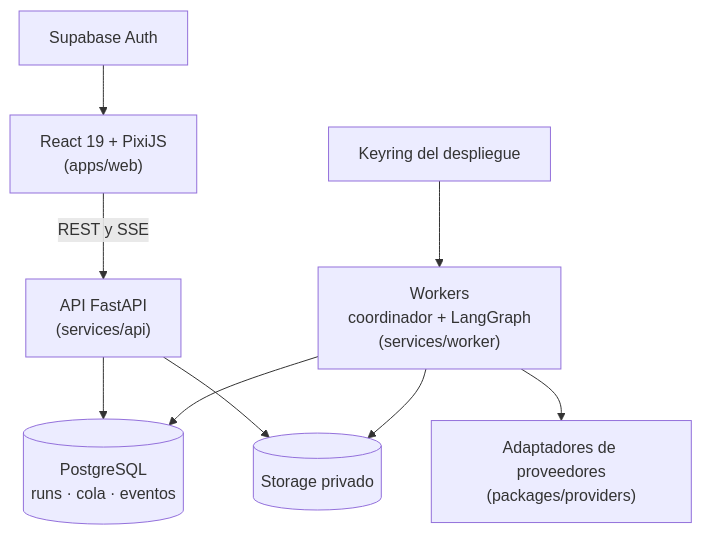
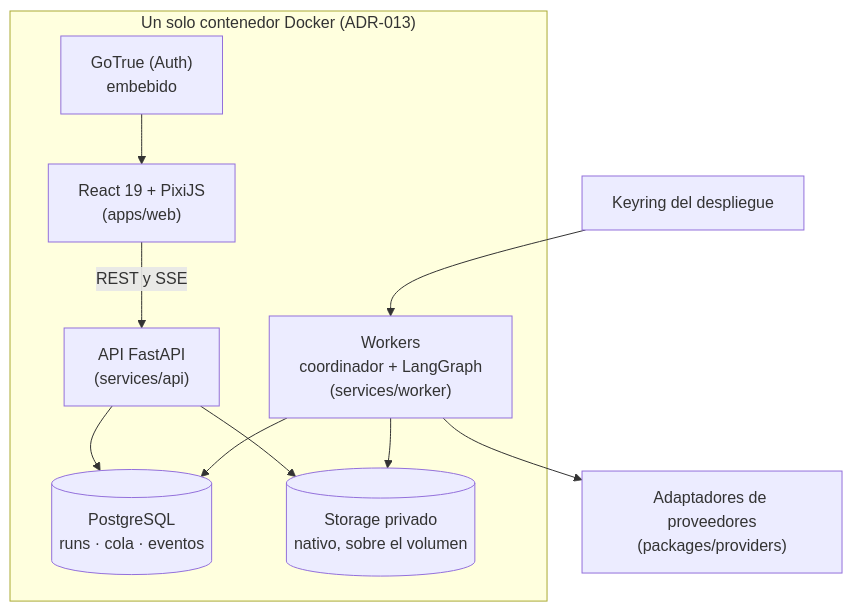
Before and after one commit to jmmana/Warlock-Oraculo: the first of 2 diagrams in README.md, drawn with Mermaid. The commit also changed other lines of this file and 7 other files, not shown here.

````diff
--- a/README.md
+++ b/README.md
@@ -209,11 +209,19 @@
 ```mermaid
 flowchart TD
   U["React 19 + PixiJS<br/>(apps/web)"] -->|"REST y SSE"| A["API FastAPI<br/>(services/api)"]
   A --> D[("PostgreSQL<br/>runs · cola · eventos")]
   W["Workers<br/>coordinador + LangGraph<br/>(services/worker)"] --> D
   W --> P["Adaptadores de proveedores<br/>(packages/providers)"]
-  A --> F[("Storage privado")]
+  A --> F[("Storage privado<br/>nativo, sobre el volumen")]
   W --> F
-  S["Supabase Auth"] --> U
+  G["GoTrue (Auth)<br/>embebido"] --> U
   K["Keyring del despliegue"] --> W
+  subgraph C ["Un solo contenedor Docker (ADR-013)"]
+    U
+    A
+    W
+    D
+    F
+    G
+  end
 ```
````
